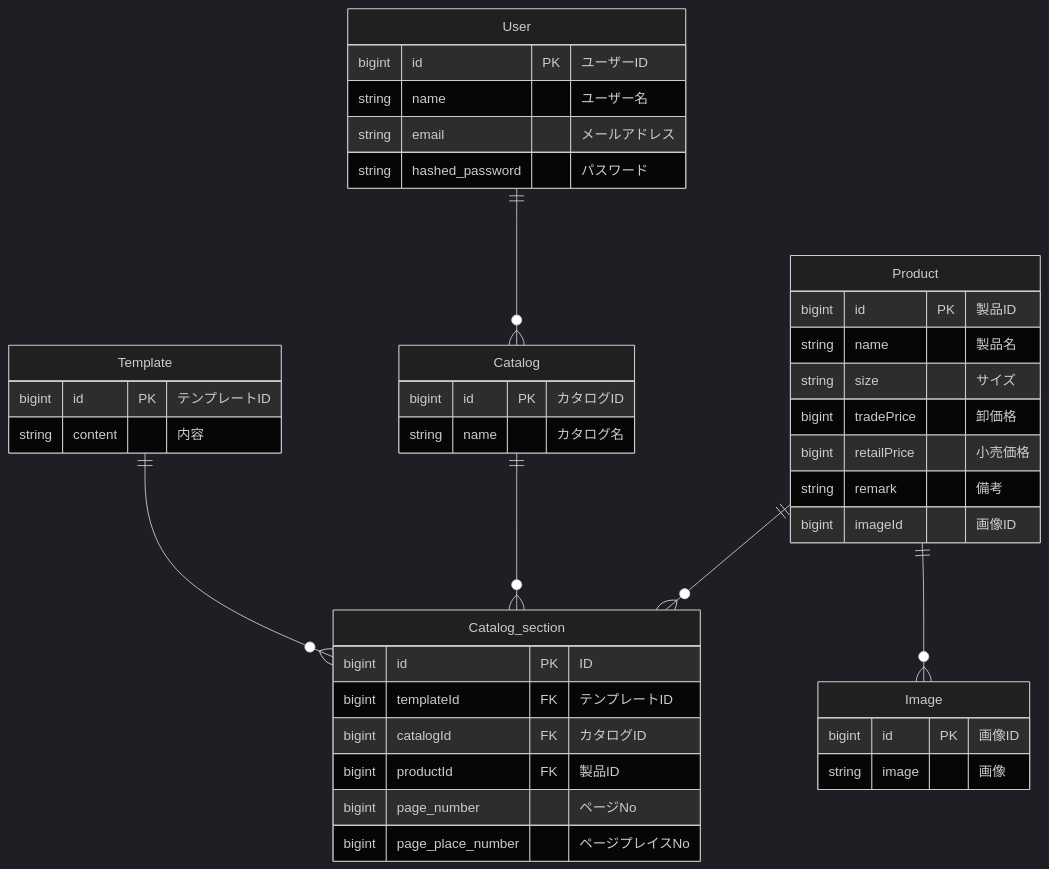
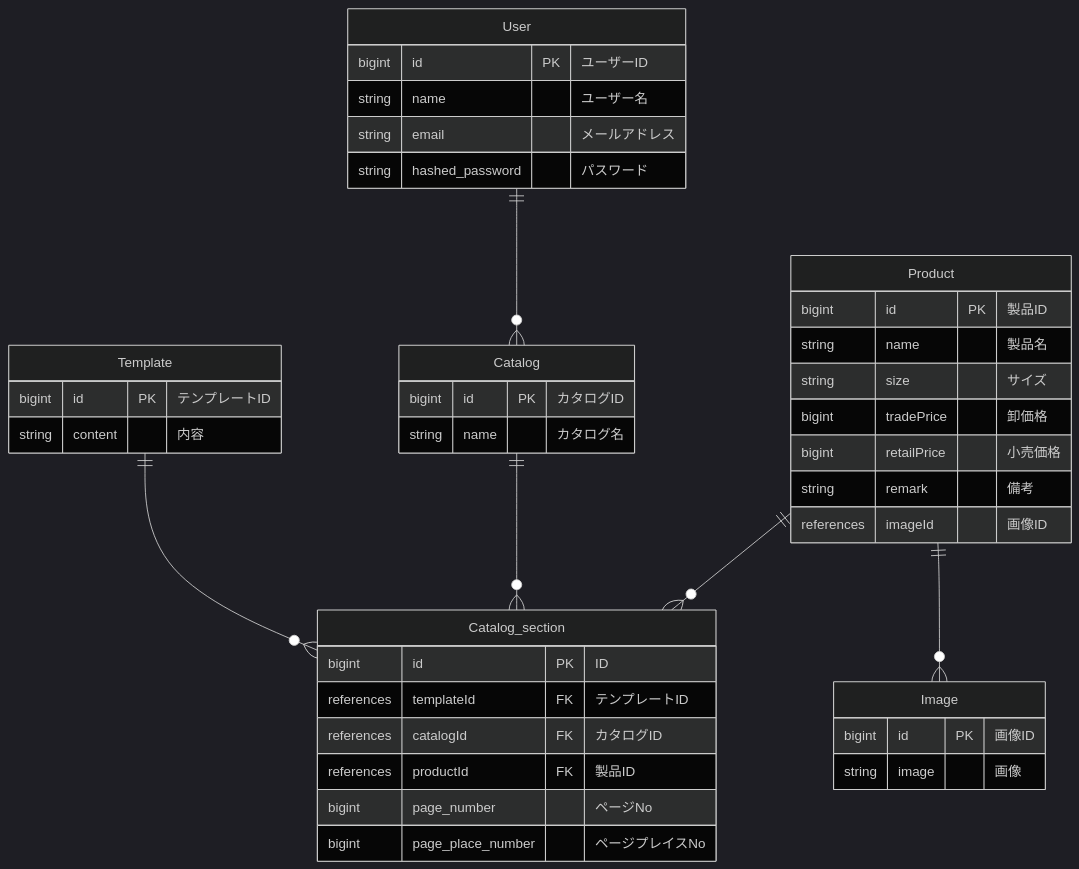
The diagram in documents/design/er.md (setodeve/CatalogEasy-backend), drawn with Mermaid (dark theme) before and after one commit. The commit also changed 1 other file, not shown here.

Commit message:
fix: table info

````diff
--- a/documents/design/er.md
+++ b/documents/design/er.md
@@ -1,44 +1,44 @@
 ```mermaid
 erDiagram
     User {
         bigint id PK "ユーザーID"
         string name "ユーザー名"
         string email "メールアドレス"
         string hashed_password "パスワード"
     }
     Catalog {
         bigint id PK "カタログID"
         string name "カタログ名"
     }
     Product {
         bigint id PK "製品ID"
         string name "製品名"
         string size "サイズ"
         bigint tradePrice "卸価格"
         bigint retailPrice "小売価格"
         string remark "備考"
-        bigint imageId "画像ID"
+        references imageId "画像ID"
     }
 
     Image {
         bigint id PK "画像ID"
         string image "画像"
     }
     Template {
         bigint id PK "テンプレートID"
         string content "内容"
     }
     Catalog_section {
         bigint id PK "ID"
-        bigint templateId FK "テンプレートID"
-        bigint catalogId FK "カタログID"
-        bigint productId FK "製品ID"
+        references templateId FK "テンプレートID"
+        references catalogId FK "カタログID"
+        references productId FK "製品ID"
         bigint page_number  "ページNo"
         bigint page_place_number  "ページプレイスNo"
     }
     User ||--o{ Catalog : ""
     Product ||--o{ Catalog_section : ""
     Catalog ||--o{ Catalog_section : ""
     Template ||--o{ Catalog_section : ""
     Product ||--o{ Image : ""
 ```
````
